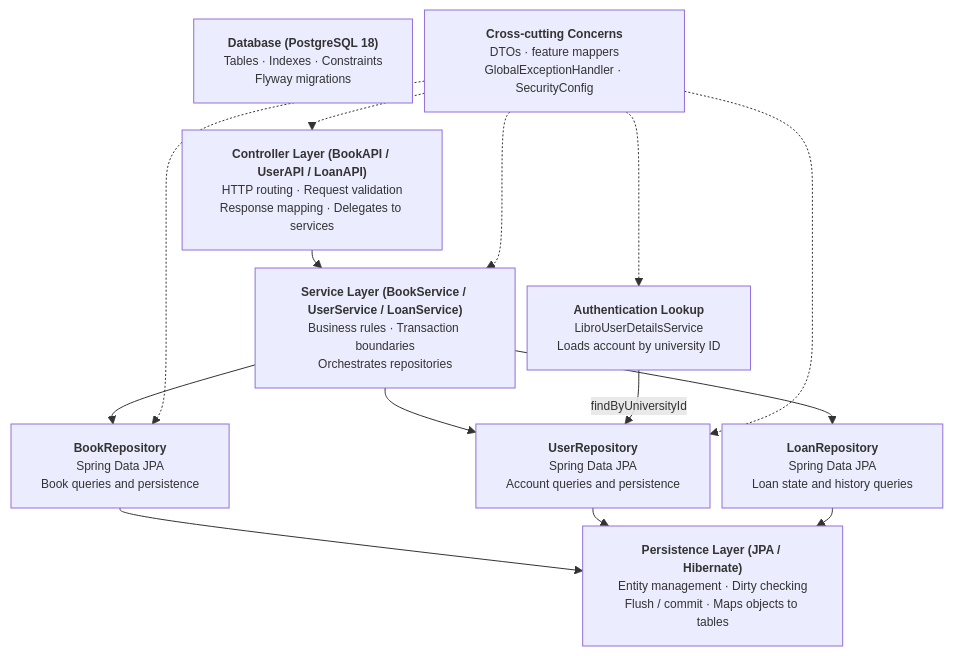
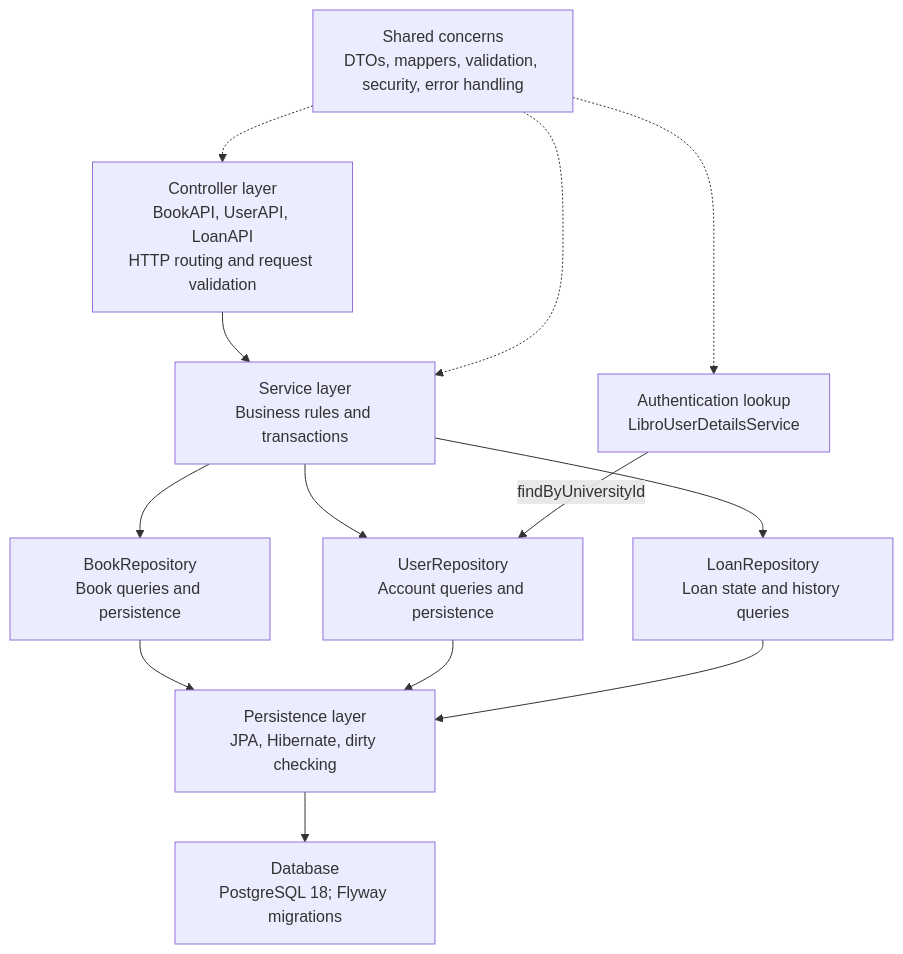
The third of 6 diagrams in data/readmes/kyledelfin2006__libro-library-system.md (zqf20096327/dbhub_collect), drawn with Mermaid before and after one commit. The commit also changed other lines of this file and 515 other files, not shown here.

````diff
--- a/data/readmes/kyledelfin2006__libro-library-system.md
+++ b/data/readmes/kyledelfin2006__libro-library-system.md
@@ -187,24 +189,25 @@
 ```mermaid
-%%{init: {"flowchart": {"nodeSpacing": 12, "rankSpacing": 18}, "themeVariables": {"fontSize": "12px"}}}%%
 flowchart TD
-    C["<b>Controller Layer (BookAPI / UserAPI / LoanAPI)</b><br/>HTTP routing · Request validation<br/>Response mapping · Delegates to services"]
-    S["<b>Service Layer (BookService / UserService / LoanService)</b><br/>Business rules · Transaction boundaries<br/>Orchestrates repositories"]
-    BR["<b>BookRepository</b><br/>Spring Data JPA<br/>Book queries and persistence"]
-    UR["<b>UserRepository</b><br/>Spring Data JPA<br/>Account queries and persistence"]
-    LR["<b>LoanRepository</b><br/>Spring Data JPA<br/>Loan state and history queries"]
-    A["<b>Authentication Lookup</b><br/>LibroUserDetailsService<br/>Loads account by university ID"]
-    P["<b>Persistence Layer (JPA / Hibernate)</b><br/>Entity management · Dirty checking<br/>Flush / commit · Maps objects to tables"]
-    D["<b>Database (PostgreSQL 18)</b><br/>Tables · Indexes · Constraints<br/>Flyway migrations"]
-    X["<b>Cross-cutting Concerns</b><br/>DTOs · feature mappers<br/>GlobalExceptionHandler · SecurityConfig"]
+    C["Controller layer<br/>BookAPI, UserAPI, LoanAPI<br/>HTTP routing and request validation"]
+    S["Service layer<br/>Business rules and transactions"]
+    BR["BookRepository<br/>Book queries and persistence"]
+    UR["UserRepository<br/>Account queries and persistence"]
+    LR["LoanRepository<br/>Loan state and history queries"]
+    A["Authentication lookup<br/>LibroUserDetailsService"]
+    P["Persistence layer<br/>JPA, Hibernate, dirty checking"]
+    D["Database<br/>PostgreSQL 18; Flyway migrations"]
+    X["Shared concerns<br/>DTOs, mappers, validation, security, error handling"]
 
     C --> S
-    S --> BR --> P
-    S --> UR --> P
-    S --> LR --> P
+    S --> BR
+    S --> UR
+    S --> LR
+    BR --> P
+    UR --> P
+    LR --> P
+    P --> D
     A -->|findByUniversityId| UR
     X -.-> C
     X -.-> S
-    X -.-> BR
-    X -.-> UR
     X -.-> A
 ```
````
